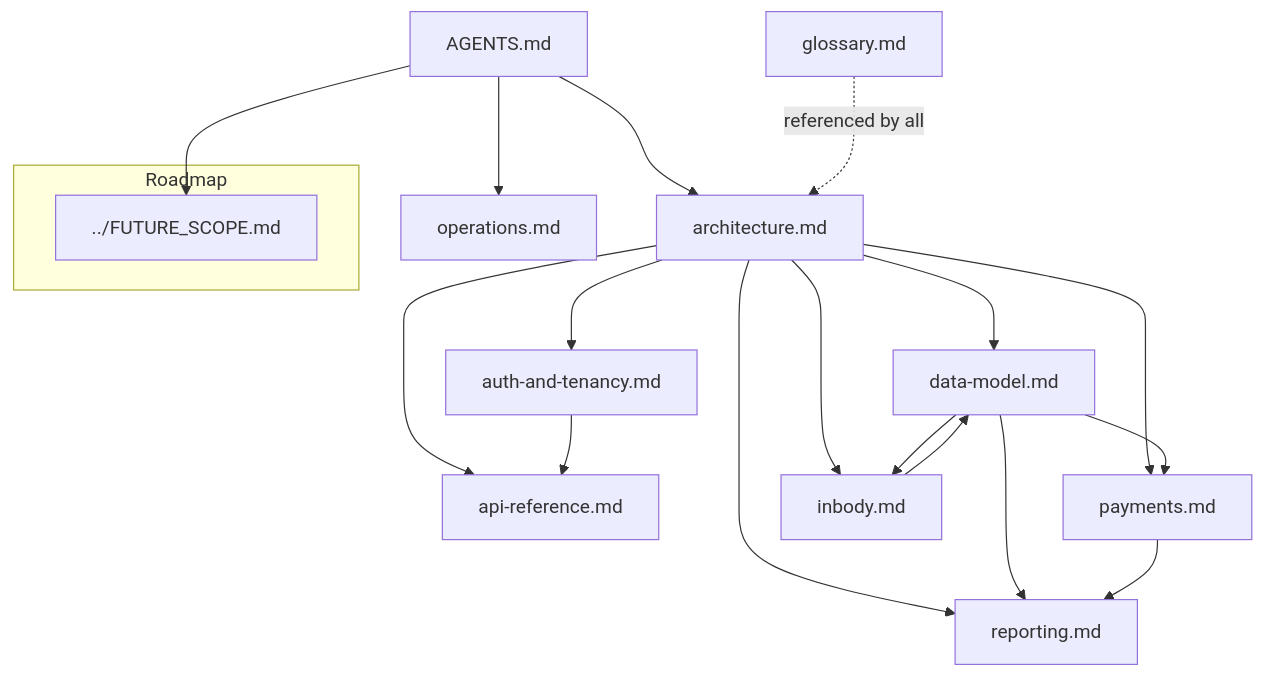
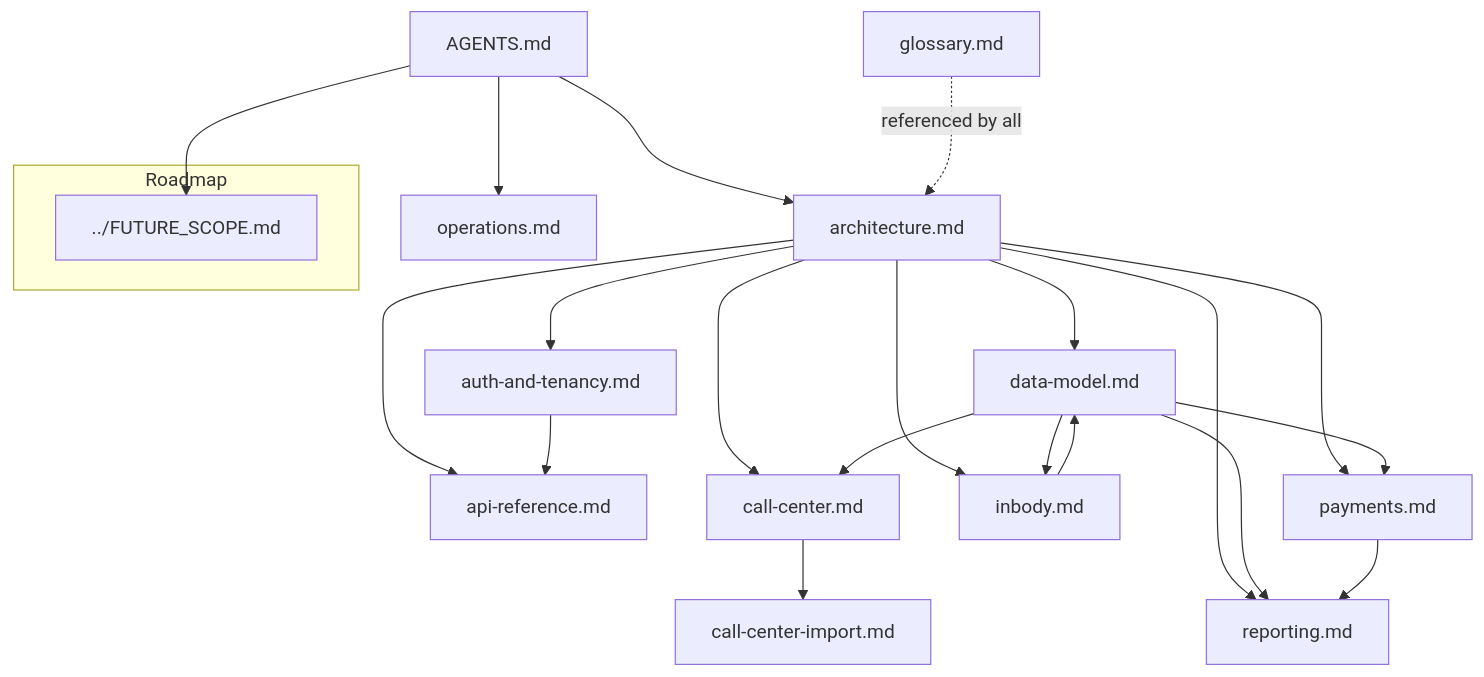
Before and after one commit to jonathanbodnar/RevOS: the diagram in docs/README.md, drawn with Mermaid. The commit also changed other lines of this file and 7 other files, not shown here.

Commit message:
Docs: call center, roles, data model, API, env, HIPAA vendor row

````diff
--- a/docs/README.md
+++ b/docs/README.md
@@ -29,22 +31,25 @@
 ```mermaid
 graph TD
     A[AGENTS.md] --> ARCH[architecture.md]
     A --> OPS[operations.md]
     ARCH --> DM[data-model.md]
     ARCH --> AUTH[auth-and-tenancy.md]
     ARCH --> API[api-reference.md]
     ARCH --> PAY[payments.md]
     ARCH --> REP[reporting.md]
     ARCH --> IB[inbody.md]
+    ARCH --> CC[call-center.md]
+    CC --> CCI[call-center-import.md]
+    DM --> CC
     AUTH --> API
     DM --> PAY
     DM --> REP
     DM --> IB
     PAY --> REP
     IB --> DM
     G[glossary.md] -.referenced by all.-> ARCH
     subgraph Roadmap
       FS[../FUTURE_SCOPE.md]
     end
     A --> FS
 ```
````
